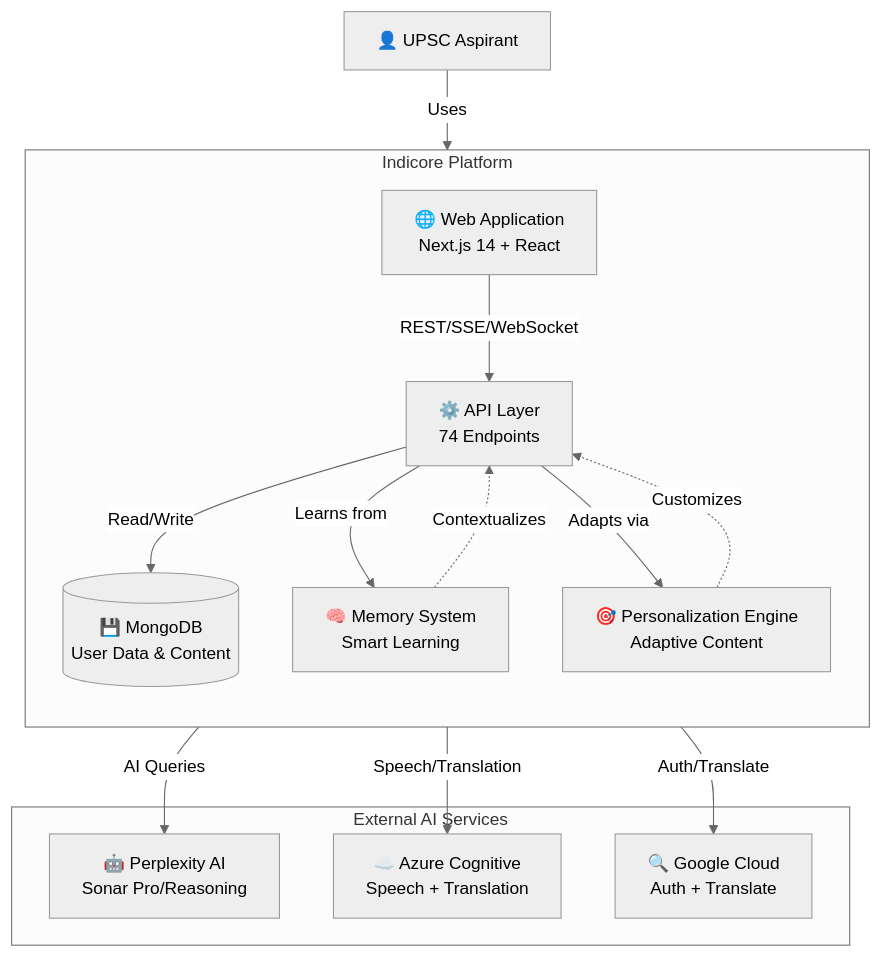
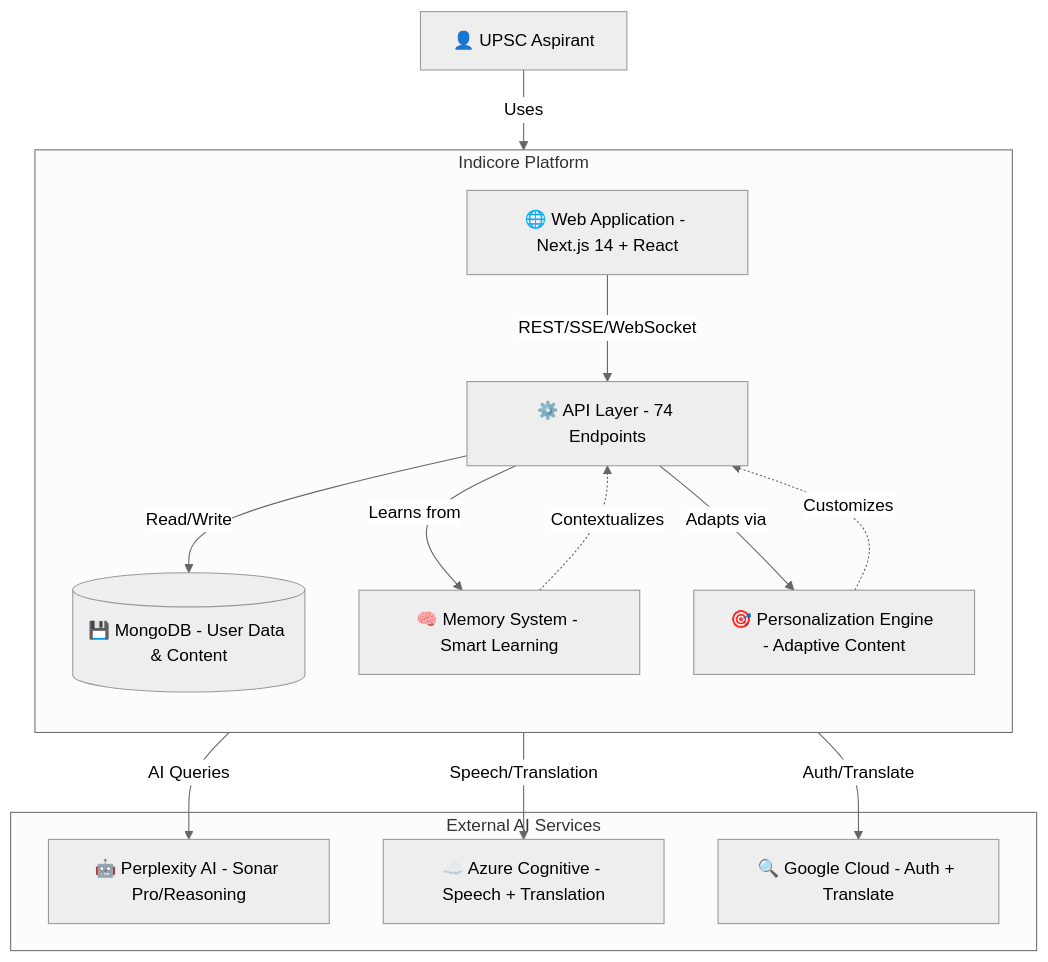
The first of 4 diagrams in docs/architecture.md (MANASMATHUR/Indicore-2.0-UPSC), drawn with Mermaid (neutral theme) before and after one commit. The commit also changed other lines of this file, not shown here.

Commit message:
Architecture update to resolve mermaid.js issues

````diff
--- a/docs/architecture.md
+++ b/docs/architecture.md
@@ -17,31 +17,31 @@
 ```mermaid
 graph TB
-    User[👤 UPSC Aspirant]
+    User["👤 UPSC Aspirant"]
     
     subgraph "Indicore Platform"
         direction TB
-        WebApp[🌐 Web Application<br/>Next.js 14 + React]
-        API[⚙️ API Layer<br/>74 Endpoints]
-        Memory[🧠 Memory System<br/>Smart Learning]
-        Personalization[🎯 Personalization Engine<br/>Adaptive Content]
-        DB[(💾 MongoDB<br/>User Data & Content)]
+        WebApp["🌐 Web Application - Next.js 14 + React"]
+        API["⚙️ API Layer - 74 Endpoints"]
+        Memory["🧠 Memory System - Smart Learning"]
+        Personalization["🎯 Personalization Engine - Adaptive Content"]
+        DB[("💾 MongoDB - User Data & Content")]
     end
     
     subgraph "External AI Services"
-        Perplexity[🤖 Perplexity AI<br/>Sonar Pro/Reasoning]
-        Azure[☁️ Azure Cognitive<br/>Speech + Translation]
-        Google[🔍 Google Cloud<br/>Auth + Translate]
+        Perplexity["🤖 Perplexity AI - Sonar Pro/Reasoning"]
+        Azure["☁️ Azure Cognitive - Speech + Translation"]
+        Google["🔍 Google Cloud - Auth + Translate"]
     end
     
     User -->|Uses| WebApp
-    WebApp -->|REST/SSE/WebSocket| API
-    API -->|Read/Write| DB
-    API -->|Learns from| Memory
-    API -->|Adapts via| Personalization
-    API -->|AI Queries| Perplexity
-    API -->|Speech/Translation| Azure
-    API -->|Auth/Translate| Google
+    WebApp -->|"REST/SSE/WebSocket"| API
+    API -->|"Read/Write"| DB
+    API -->|"Learns from"| Memory
+    API -->|"Adapts via"| Personalization
+    API -->|"AI Queries"| Perplexity
+    API -->|"Speech/Translation"| Azure
+    API -->|"Auth/Translate"| Google
     
     Memory -.->|Contextualizes| API
     Personalization -.->|Customizes| API
 ```
````
